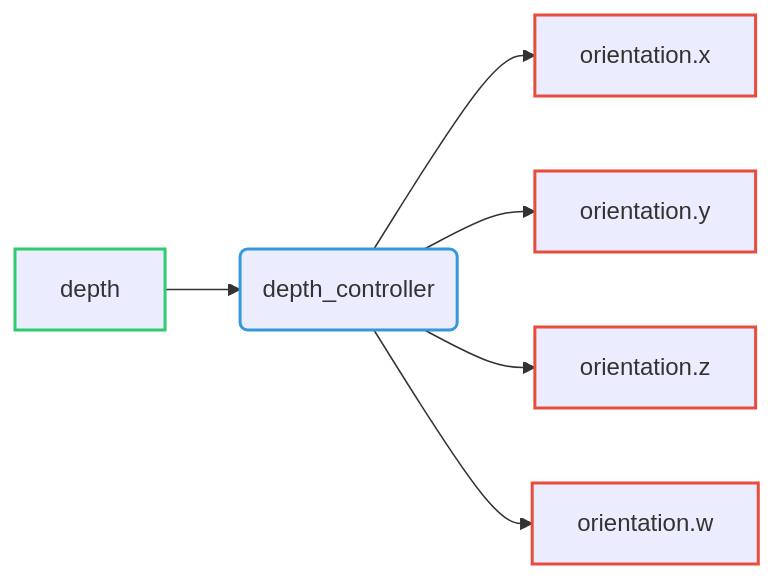
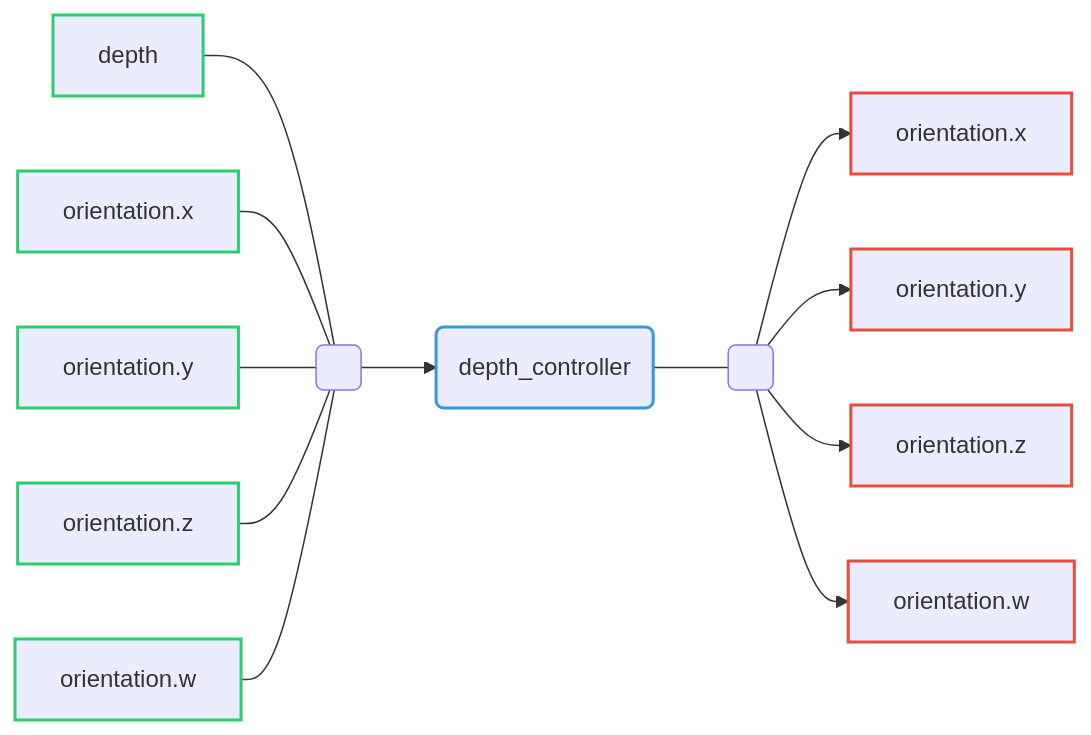
One commit to Riptide-team/riptide-team.github.io changed the diagram in docs/ros2control/controllers/depth_controller.md. Above: the diagram before and after it, drawn with Mermaid. The commit also changed other lines of this file and 6 other files, not shown here.

````diff
--- a/docs/ros2control/controllers/depth_controller.md
+++ b/docs/ros2control/controllers/depth_controller.md
@@ -5,10 +5,11 @@
 ```mermaid
 flowchart LR
-    s1[depth] --> c(depth_controller) --> c1[orientation.x] & c2[orientation.y] & c3[orientation.z] & c4[orientation.w]
-    class s1 state;
+    s1[depth] & s2[orientation.x] & s3[orientation.y] & s4[orientation.z] & s5[orientation.w] --- S( ):::empty --> c(depth_controller) --- R( ):::empty --> c1[orientation.x] & c2[orientation.y] & c3[orientation.z] & c4[orientation.w]
+    class s1,s2,s3,s4,s5 state;
     class c1,c2,c3,c4 command;
     class c controller;
     classDef state stroke:#2ecc71,stroke-width:2px;
     classDef controller stroke:#3498db,stroke-width:2px;
     classDef command stroke:#e74c3c,stroke-width:2px;
+    classDef empty width:-1px,height:-1px;
 ```
````
